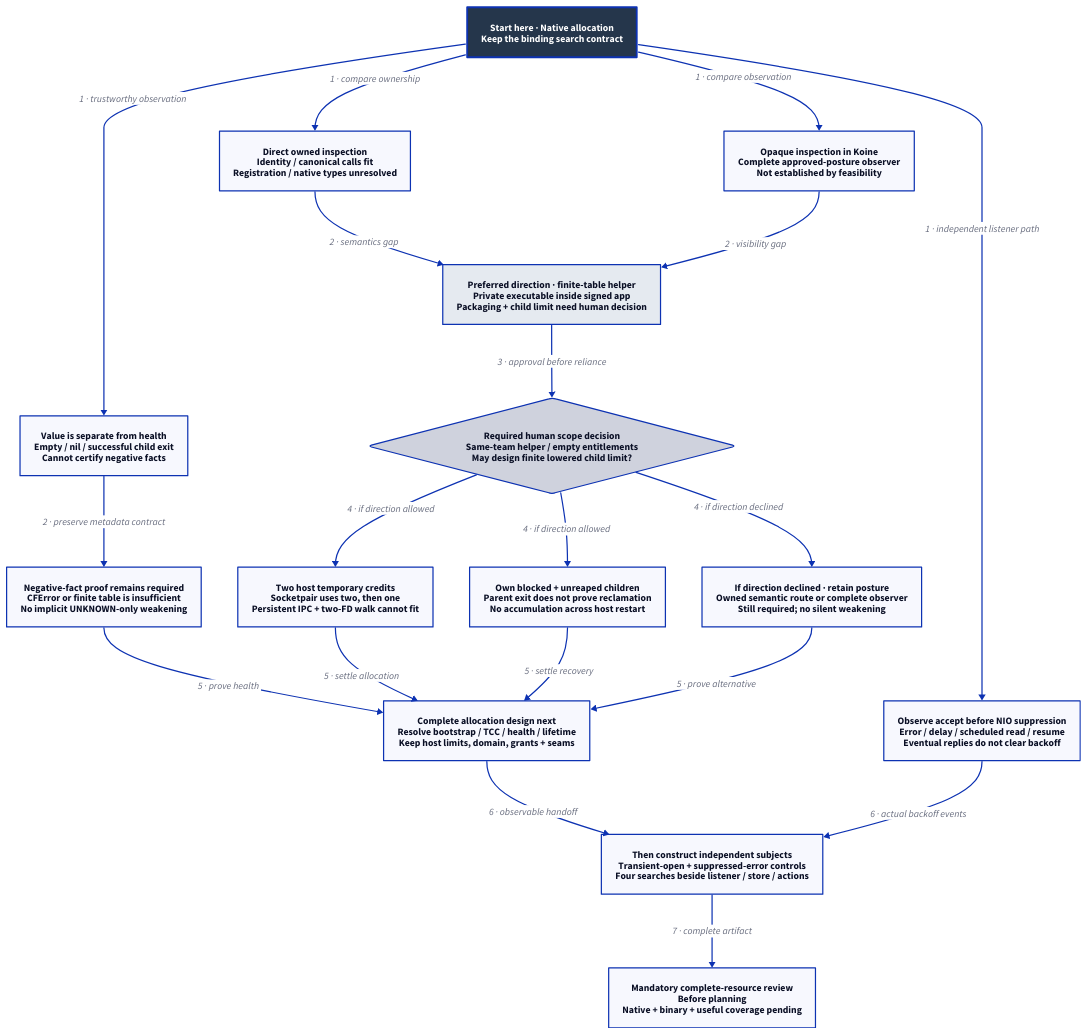
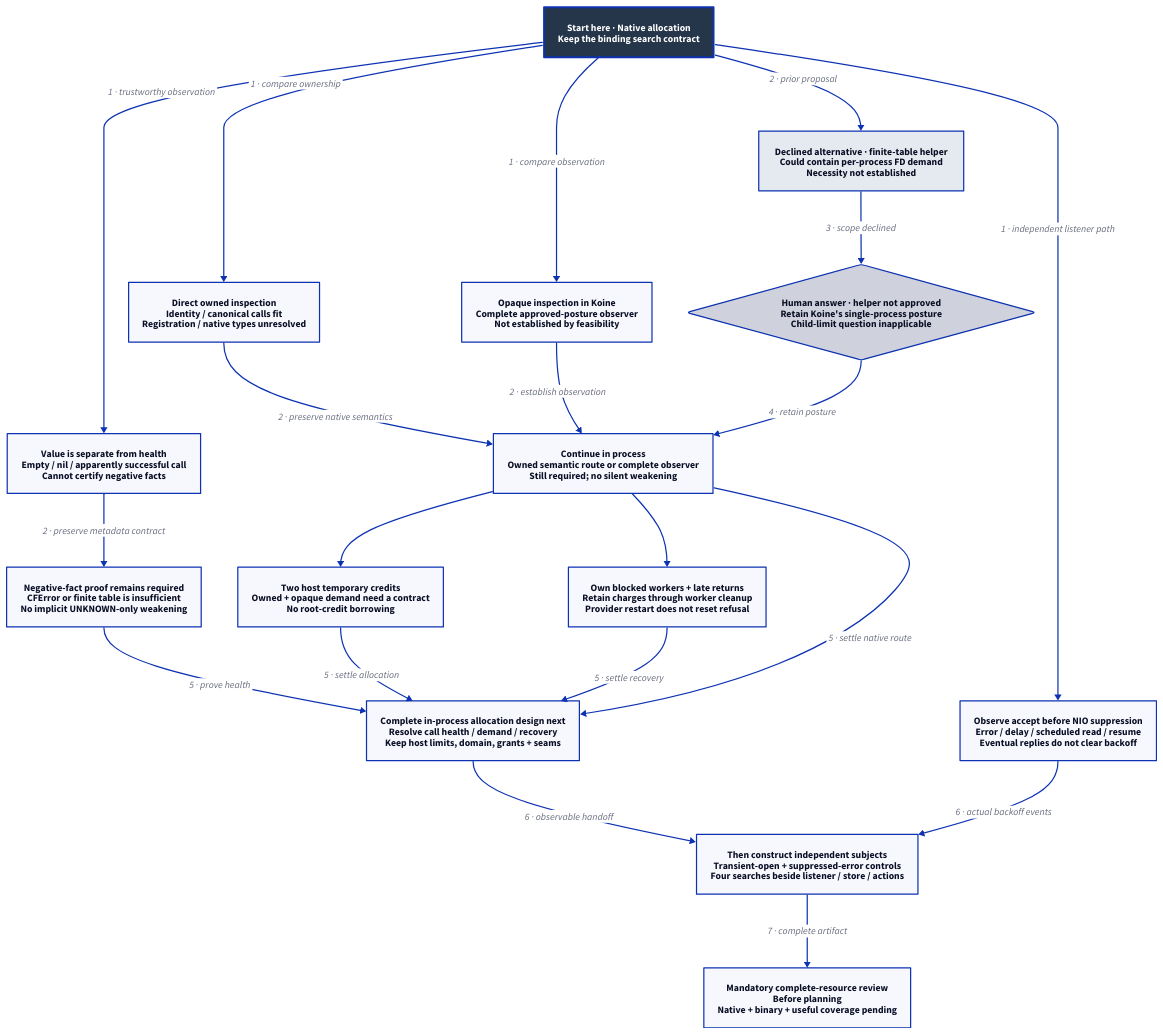
Before and after one commit to Linkuistics/Koine: the diagram in docs/design/architecture/search-resources.d2, drawn with D2. The commit also changed 12 other files, not shown here.

Commit message:
search-helper-posture-k115: retain in-process search after helper scope refusal

```diff
--- a/docs/design/architecture/search-resources.d2
+++ b/docs/design/architecture/search-resources.d2
@@ -1,37 +1,38 @@
-# Allocation recommendation. No approved helper/runtime route or native pass.
+# Helper scope declined. In-process allocation design and native acceptance pending.
 direction: down
 classes: {
   start: {style: {fill: "#25364B"; font-color: "#FFFFFF"; bold: true; stroke-width: 3}}
 }
 Start: "Start here · Native allocation\nKeep the binding search contract" {class: start}
-Facts: "Value is separate from health\nEmpty / nil / successful child exit\nCannot certify negative facts"
+Facts: "Value is separate from health\nEmpty / nil / apparently successful call\nCannot certify negative facts"
 Direct: "Direct owned inspection\nIdentity / canonical calls fit\nRegistration / native types unresolved"
 Trace: "Opaque inspection in Koine\nComplete approved-posture observer\nNot established by feasibility"
-Recommend: "Preferred direction · finite-table helper\nPrivate executable inside signed app\nPackaging + child limit need human decision" {style: {fill: "#E5EAF0"; stroke-width: 2}}
-Human: "Required human scope decision\nSame-team helper / empty entitlements\nMay design finite lowered child limit?" {shape: diamond}
-Decline: "If direction declined · retain posture\nOwned semantic route or complete observer\nStill required; no silent weakening"
-Budget: "Two host temporary credits\nSocketpair uses two, then one\nPersistent IPC + two-FD walk cannot fit"
+Helper: "Declined alternative · finite-table helper\nCould contain per-process FD demand\nNecessity not established" {style: {fill: "#E5EAF0"; stroke-width: 2}}
+Scope: "Human answer · helper not approved\nRetain Koine's single-process posture\nChild-limit question inapplicable" {shape: diamond}
+Continue: "Continue in process\nOwned semantic route or complete observer\nStill required; no silent weakening"
+Budget: "Two host temporary credits\nOwned + opaque demand need a contract\nNo root-credit borrowing"
 Health: "Negative-fact proof remains required\nCFError or finite table is insufficient\nNo implicit UNKNOWN-only weakening"
-Lifetime: "Own blocked + unreaped children\nParent exit does not prove reclamation\nNo accumulation across host restart"
-Contract: "Complete allocation design next\nResolve bootstrap / TCC / health / lifetime\nKeep host limits, domain, grants + seams"
+Lifetime: "Own blocked workers + late returns\nRetain charges through worker cleanup\nProvider restart does not reset refusal"
+Contract: "Complete in-process allocation design next\nResolve call health / demand / recovery\nKeep host limits, domain, grants + seams"
 Listener: "Observe accept before NIO suppression\nError / delay / scheduled read / resume\nEventual replies do not clear backoff"
 Subjects: "Then construct independent subjects\nTransient-open + suppressed-error controls\nFour searches beside listener / store / actions"
 Pending: "Mandatory complete-resource review\nBefore planning\nNative + binary + useful coverage pending"
 Start -> Facts: "1 · trustworthy observation"
 Start -> Direct: "1 · compare ownership"
 Start -> Trace: "1 · compare observation"
-Direct -> Recommend: "2 · semantics gap"
-Trace -> Recommend: "2 · visibility gap"
+Start -> Helper: "2 · prior proposal"
+Helper -> Scope: "3 · scope declined"
+Direct -> Continue: "2 · preserve native semantics"
+Trace -> Continue: "2 · establish observation"
 Facts -> Health: "2 · preserve metadata contract"
-Recommend -> Human: "3 · approval before reliance"
-Human -> Budget: "4 · if direction allowed"
-Human -> Lifetime: "4 · if direction allowed"
-Human -> Decline: "4 · if direction declined"
-Decline -> Contract: "5 · prove alternative"
+Scope -> Continue: "4 · retain posture"
+Continue -> Budget
+Continue -> Lifetime
+Continue -> Contract: "5 · settle native route"
 Budget -> Contract: "5 · settle allocation"
 Health -> Contract: "5 · prove health"
 Lifetime -> Contract: "5 · settle recovery"
 Contract -> Subjects: "6 · observable handoff"
 Start -> Listener: "1 · independent listener path"
 Listener -> Subjects: "6 · actual backoff events"
 Subjects -> Pending: "7 · complete artifact"
```
